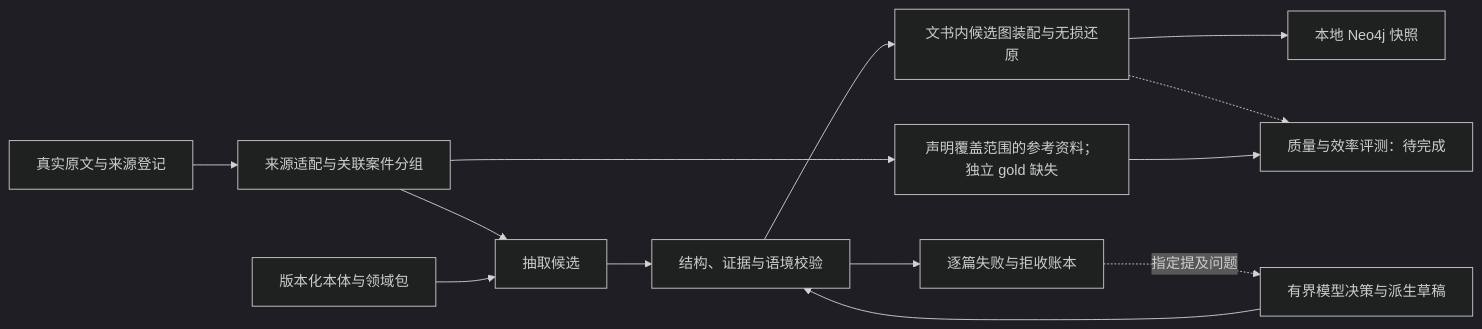
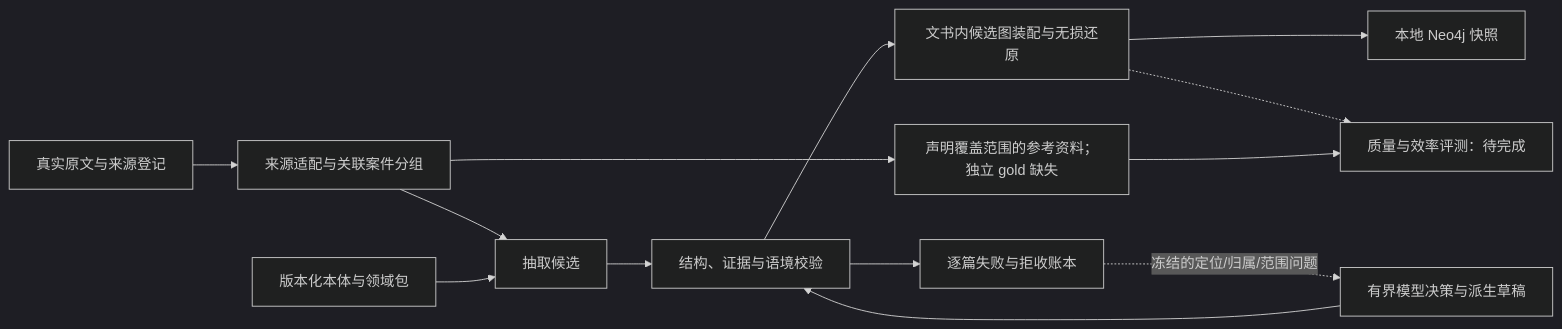
The diagram in docs/architecture.md (no15438/judicial-ontology-kg), drawn with Mermaid (dark theme) before and after one commit. The commit also changed other lines of this file and 4 other files, not shown here.

````diff
--- a/docs/architecture.md
+++ b/docs/architecture.md
@@ -5,15 +5,15 @@
 ```mermaid
 flowchart LR
     A[真实原文与来源登记] --> B[来源适配与关联案件分组]
     B --> C[抽取候选]
     O[版本化本体与领域包] --> C
     C --> D[结构、证据与语境校验]
     D --> E[文书内候选图装配与无损还原]
     D --> H[逐篇失败与拒收账本]
-    H -.指定提及问题.-> R[有界模型决策与派生草稿]
+    H -.冻结的定位/归属/范围问题.-> R[有界模型决策与派生草稿]
     R --> D
     E --> N[本地 Neo4j 快照]
     B --> G[声明覆盖范围的参考资料；独立 gold 缺失]
     E -.-> F[质量与效率评测：待完成]
     G --> F
 ```
````
